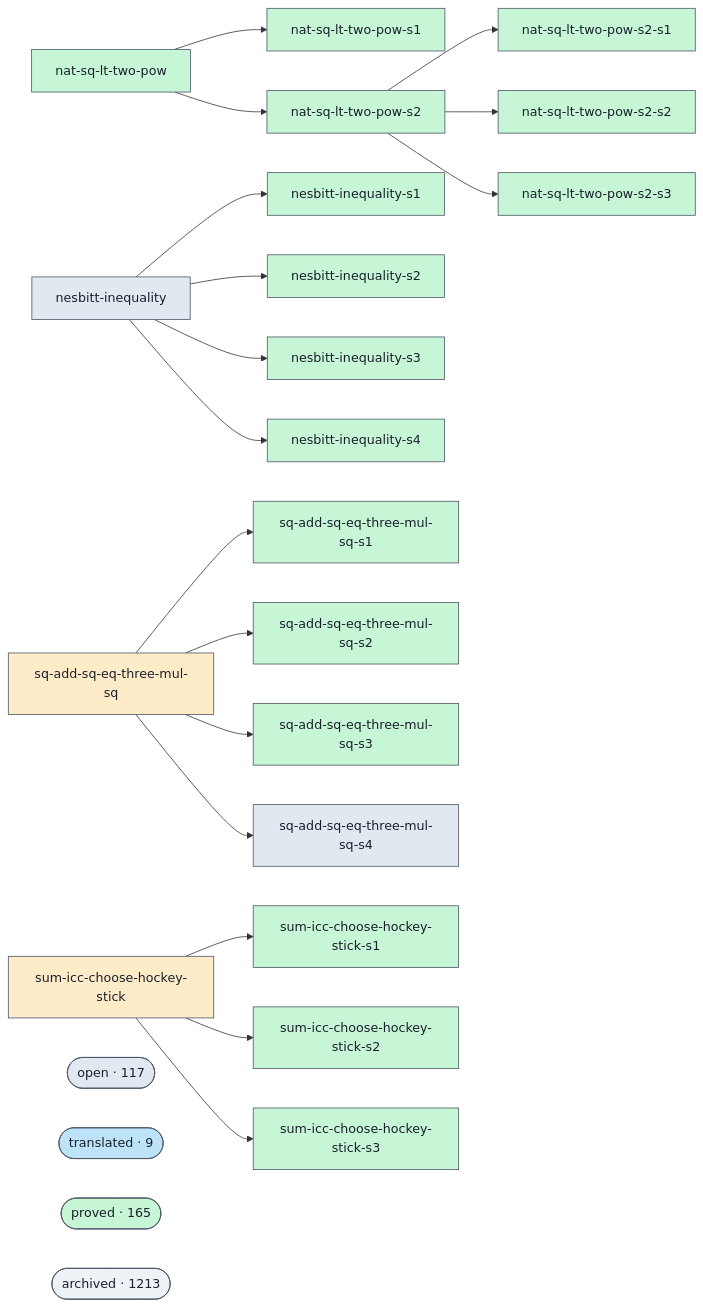
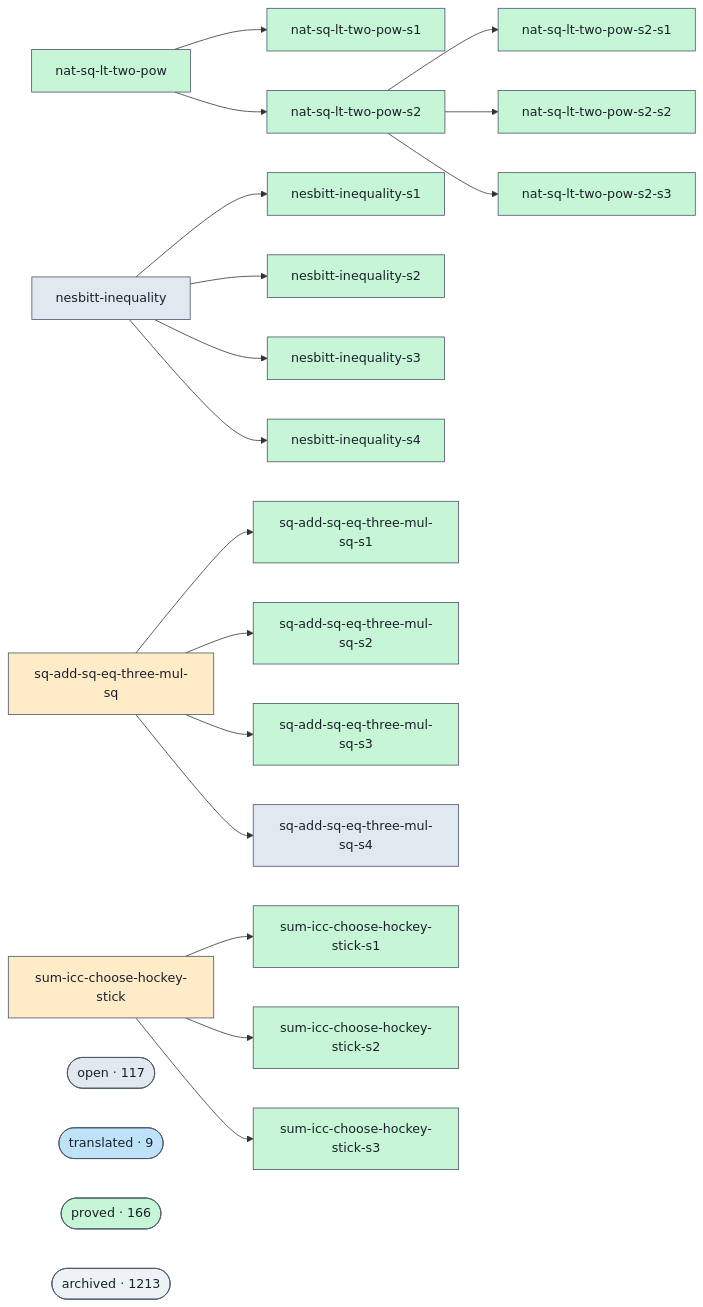
Before and after one commit to ohdearquant/unsorry: the diagram in docs/proofs-contributors-visualisation.md, drawn with Mermaid. The commit also changed other lines of this file and 2 other files, not shown here.

```diff
--- a/docs/proofs-contributors-visualisation.md
+++ b/docs/proofs-contributors-visualisation.md
@@ -102,7 +102,7 @@
   class cluster_open open;
   cluster_translated(["translated · 9"])
   class cluster_translated translated;
-  cluster_proved(["proved · 165"])
+  cluster_proved(["proved · 166"])
   class cluster_proved proved;
   cluster_archived(["archived · 1213"])
   class cluster_archived unknown;
```
